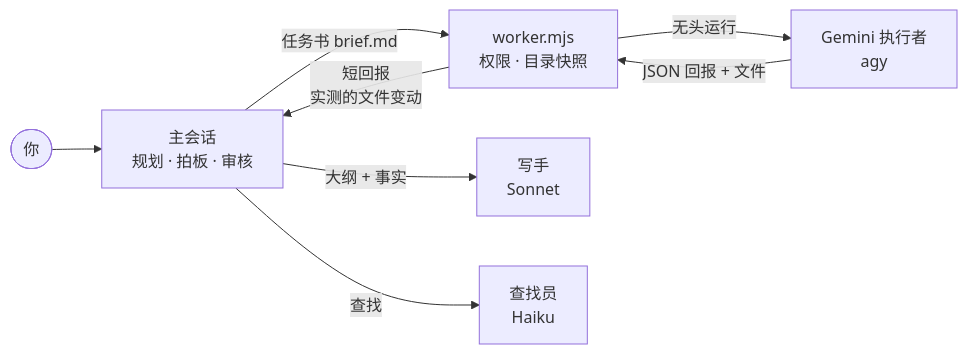
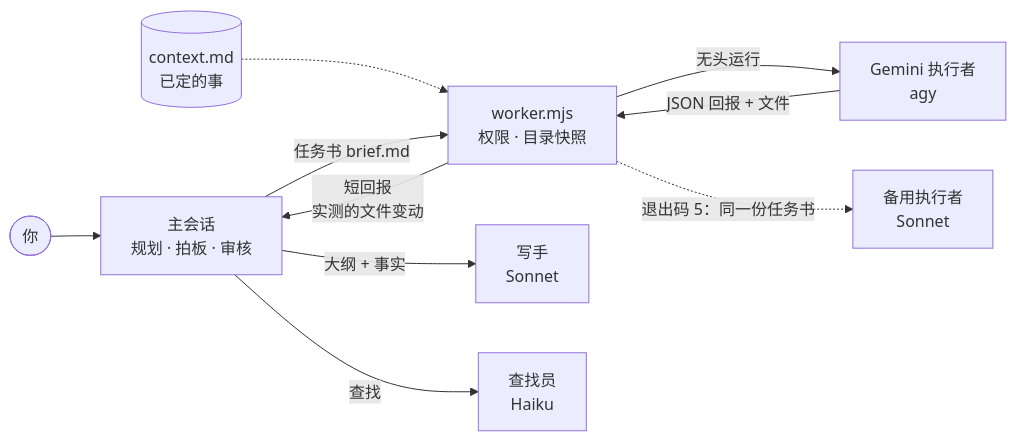
Before and after one commit to keienhrri-bit/brain-dispatch: the diagram in README.zh-CN.md, drawn with Mermaid. The commit also changed other lines of this file and 19 other files, not shown here.

````diff
--- a/README.zh-CN.md
+++ b/README.zh-CN.md
@@ -16,10 +28,12 @@
 ```mermaid
 flowchart LR
   U([你]) --> B["主会话<br/>规划 · 拍板 · 审核"]
+  C[("context.md<br/>已定的事")] -.-> D
   B -- "任务书 brief.md" --> D["worker.mjs<br/>权限 · 目录快照"]
   D -- "无头运行" --> W["Gemini 执行者<br/>agy"]
   W -- "JSON 回报 + 文件" --> D
   D -- "短回报<br/>实测的文件变动" --> B
+  D -. "退出码 5：同一份任务书" .-> K["备用执行者<br/>Sonnet"]
   B -- "大纲 + 事实" --> S["写手<br/>Sonnet"]
   B -- "查找" --> H["查找员<br/>Haiku"]
 ```
````
